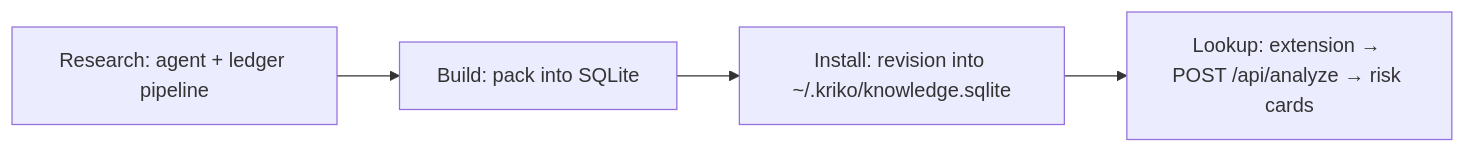
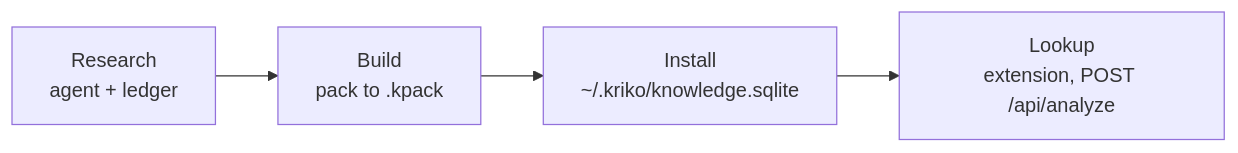
The diagram in docs/USAGE.md (Berbadov/kriko), drawn with Mermaid before and after one commit. The commit also changed other lines of this file and 1 other file, not shown here.

Commit message:
docs: INTERNALS and USAGE halved, diagrams over prose, stale port and dead endpoints dropped

````diff
--- a/docs/USAGE.md
+++ b/docs/USAGE.md
@@ -5,6 +6,6 @@
 ```mermaid
 flowchart LR
-    R["Research: agent + ledger pipeline"] --> B["Build: pack into SQLite"]
-    B --> I["Install: revision into ~/.kriko/knowledge.sqlite"]
-    I --> L["Lookup: extension → POST /api/analyze → risk cards"]
+    R["Research<br/>agent + ledger"] --> B["Build<br/>pack to .kpack"]
+    B --> I["Install<br/>~/.kriko/knowledge.sqlite"]
+    I --> L["Lookup<br/>extension, POST /api/analyze"]
 ```
````
